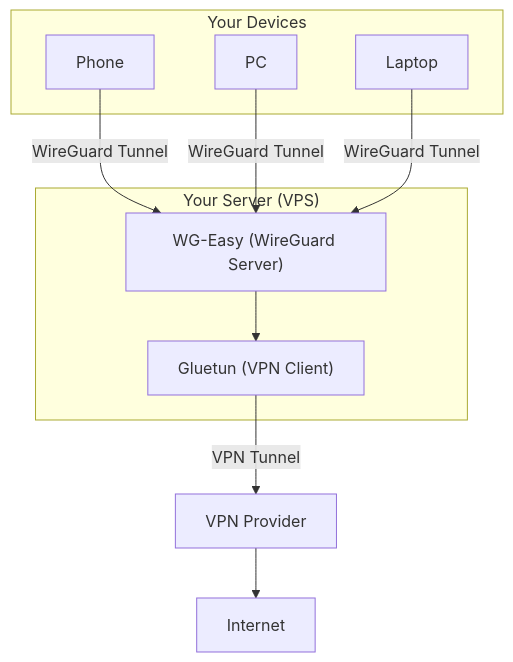
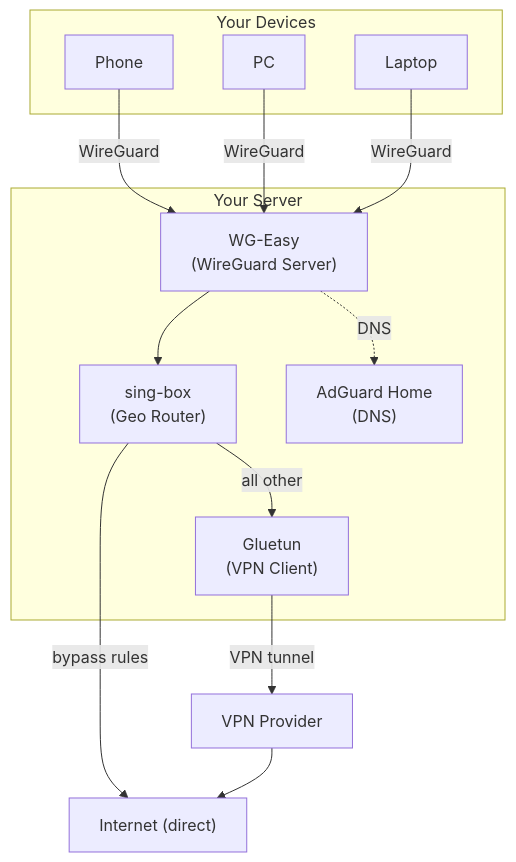
One commit to saturneric/wg-easy-gluetun changed the diagram in README.md. Above: the diagram before and after it, drawn with Mermaid. The commit also changed other lines of this file, not shown here.

First line of the commit message:
docs(readme): update setup for sing-box stack

````diff
--- a/README.md
+++ b/README.md
@@ -70,21 +62,23 @@
 ```mermaid
 flowchart TD
- subgraph s1["Your Devices"]
-        n1["Phone"]
-        E["PC"]
-        D["Laptop"]
+  subgraph devices["Your Devices"]
+    phone["Phone"]
+    pc["PC"]
+    laptop["Laptop"]
   end
- subgraph s2["Your Server (VPS)"]
-        n2["WG-Easy (WireGuard Server)"]
-        F["Gluetun (VPN Client)"]
+  subgraph server["Your Server"]
+    wgeasy["WG-Easy\n(WireGuard Server)"]
+    singbox["sing-box\n(Geo Router)"]
+    gluetun["Gluetun\n(VPN Client)"]
+    adguard["AdGuard Home\n(DNS)"]
   end
-    n1 -- WireGuard Tunnel --> n2
-    n2 --> F
-    E -- "WireGuard Tunnel" --> n2
-    D -- "WireGuard Tunnel" --> n2
-    F -- VPN Tunnel --> B["VPN Provider"]
-    B --> n3["Internet"]
-    n1@{ shape: rect}
-    B@{ shape: rect}
-    n3@{ shape: rect}
+  phone  -- WireGuard --> wgeasy
+  pc     -- WireGuard --> wgeasy
+  laptop -- WireGuard --> wgeasy
+  wgeasy --> singbox
+  singbox -- bypass rules --> internet["Internet (direct)"]
+  singbox -- all other --> gluetun
+  gluetun -- VPN tunnel --> provider["VPN Provider"]
+  provider --> internet
+  wgeasy -. DNS .-> adguard
 ```
````
